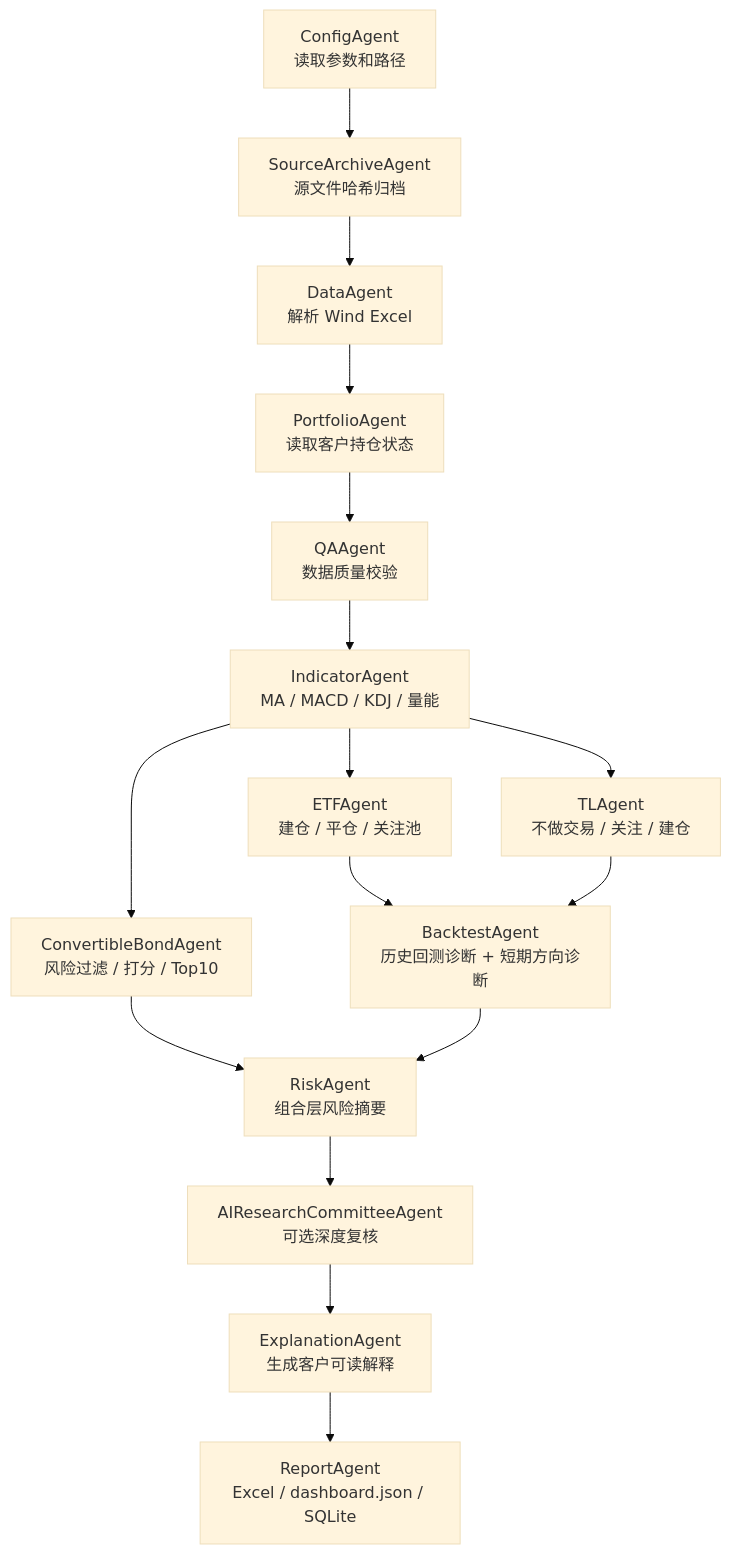
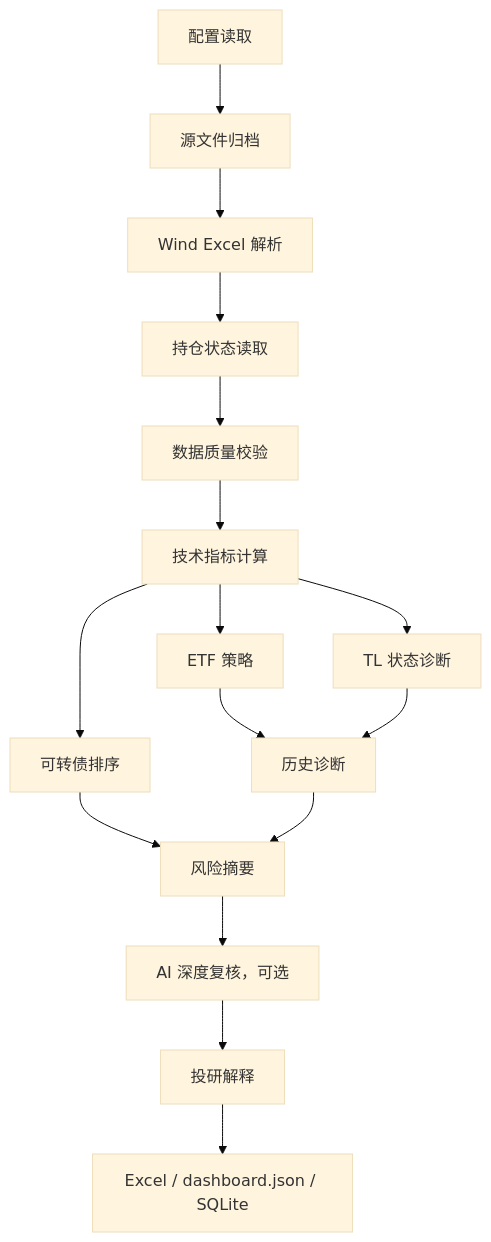
The second of 2 diagrams in README.md (Gmasterzhangxinyang/AI-investment), drawn with Mermaid (base theme) before and after one commit. The commit also changed other lines of this file and 1 other file, not shown here.

````diff
--- a/README.md
+++ b/README.md
@@ -110,18 +84,18 @@
 ```mermaid
 flowchart TD
-    A["ConfigAgent<br/>读取参数和路径"] --> B["SourceArchiveAgent<br/>源文件哈希归档"]
-    B --> C["DataAgent<br/>解析 Wind Excel"]
-    C --> D["PortfolioAgent<br/>读取客户持仓状态"]
-    D --> E["QAAgent<br/>数据质量校验"]
-    E --> F["IndicatorAgent<br/>MA / MACD / KDJ / 量能"]
-    F --> G["ETFAgent<br/>建仓 / 平仓 / 关注池"]
-    F --> H["TLAgent<br/>不做交易 / 关注 / 建仓"]
-    F --> I["ConvertibleBondAgent<br/>风险过滤 / 打分 / Top10"]
-    G --> J["BacktestAgent<br/>历史回测诊断 + 短期方向诊断"]
+    A["配置读取"] --> B["源文件归档"]
+    B --> C["Wind Excel 解析"]
+    C --> D["持仓状态读取"]
+    D --> E["数据质量校验"]
+    E --> F["技术指标计算"]
+    F --> G["ETF 策略"]
+    F --> H["TL 状态诊断"]
+    F --> I["可转债排序"]
+    G --> J["历史诊断"]
     H --> J
-    I --> K["RiskAgent<br/>组合层风险摘要"]
+    I --> K["风险摘要"]
     J --> K
-    K --> L["AIResearchCommitteeAgent<br/>可选深度复核"]
-    L --> M["ExplanationAgent<br/>生成客户可读解释"]
-    M --> N["ReportAgent<br/>Excel / dashboard.json / SQLite"]
+    K --> L["AI 深度复核，可选"]
+    L --> M["投研解释"]
+    M --> N["Excel / dashboard.json / SQLite"]
 ```
````
